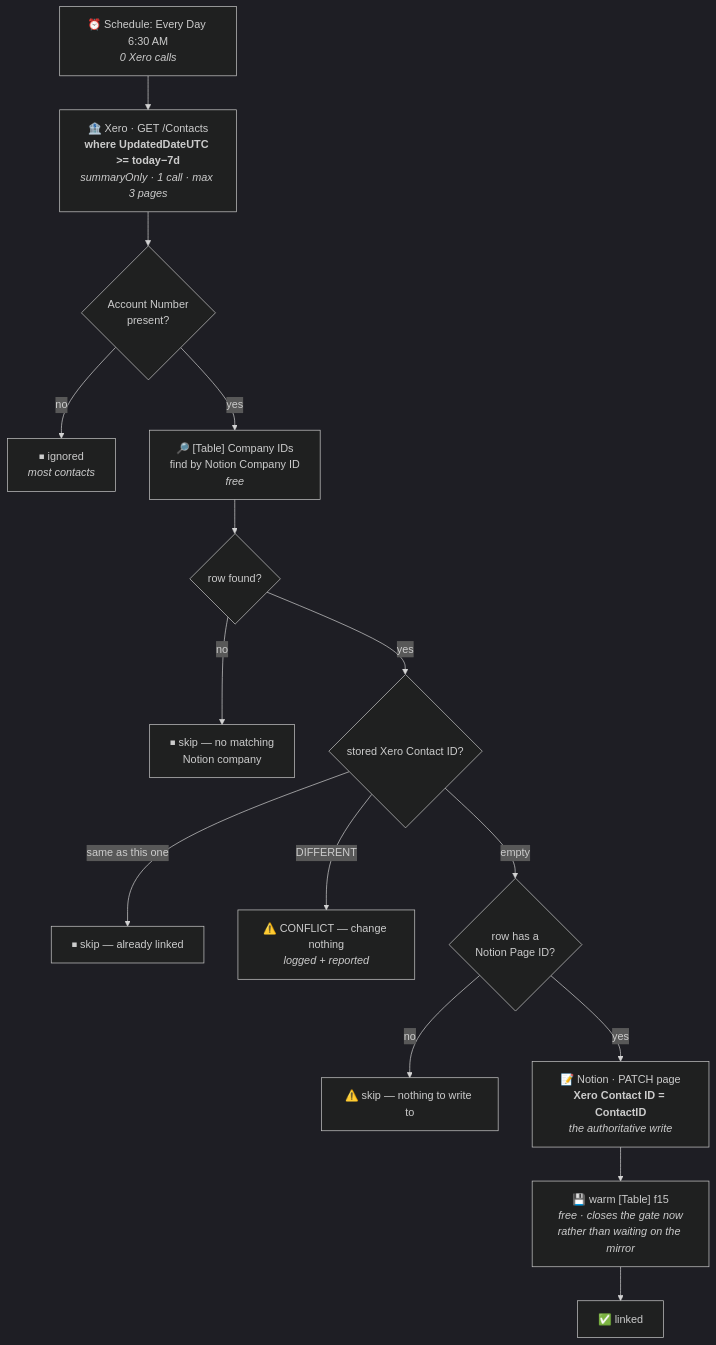
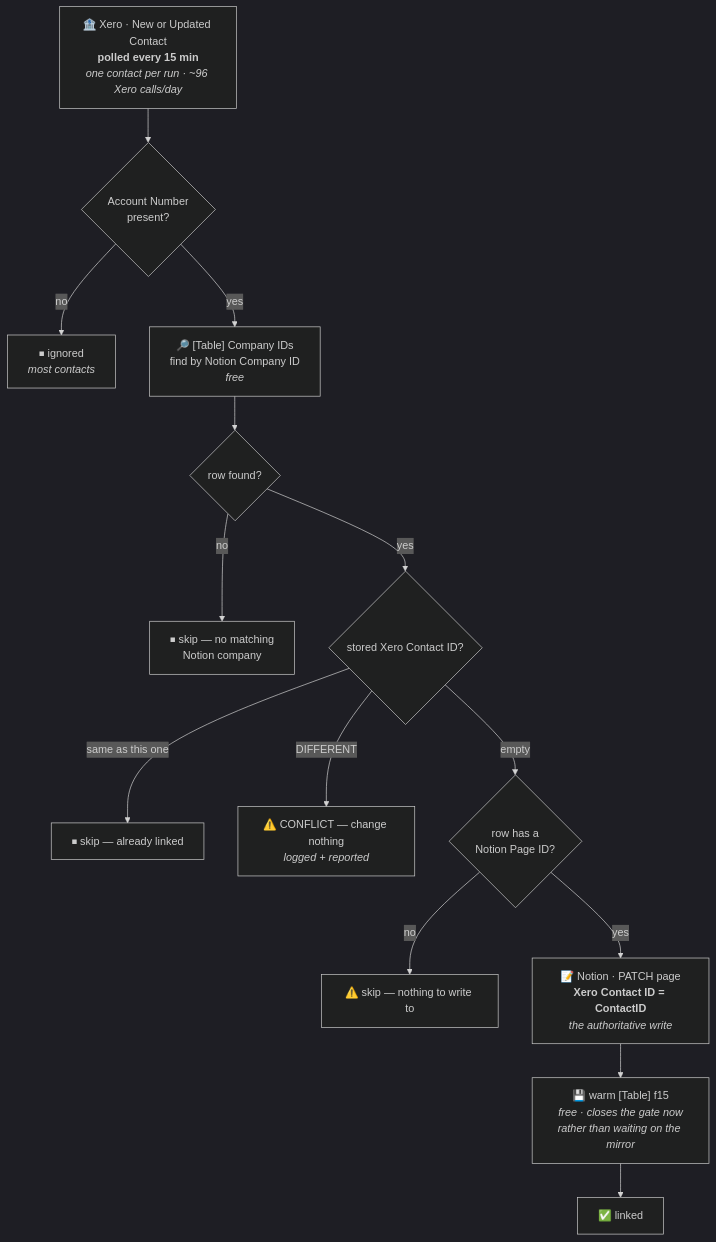
One commit to work-flowers/zapier-sdk changed the diagram in xero-contact-to-notion-company/README.md. Above: the diagram before and after it, drawn with Mermaid (dark theme). The commit also changed other lines of this file and 5 other files, not shown here.

First line of the commit message:
xero-contact-to-notion-company: 15-minute Xero poller; guard Xero poll intervals

````diff
--- a/xero-contact-to-notion-company/README.md
+++ b/xero-contact-to-notion-company/README.md
@@ -32,17 +31,16 @@
 ```mermaid
 flowchart TD
-    T["⏰ Schedule: Every Day 6:30 AM<br/><i>0 Xero calls</i>"] --> Q["🏦 Xero · GET /Contacts<br/><b>where UpdatedDateUTC >= today−7d</b><br/><i>summaryOnly · 1 call · max 3 pages</i>"]
-    Q --> F{"Account Number<br/>present?"}
+    T["🏦 Xero · New or Updated Contact<br/><b>polled every 15 min</b><br/><i>one contact per run · ~96 Xero calls/day</i>"] --> F{"Account Number<br/>present?"}
     F -- no --> IG["⏹ ignored<br/><i>most contacts</i>"]
     F -- yes --> L["🔎 [Table] Company IDs<br/>find by Notion Company ID<br/><i>free</i>"]
     L --> M{"row found?"}
     M -- no --> S1["⏹ skip — no matching<br/>Notion company"]
     M -- yes --> C{"stored Xero Contact ID?"}
     C -- "same as this one" --> S2["⏹ skip — already linked"]
     C -- "DIFFERENT" --> W["⚠️ CONFLICT — change nothing<br/><i>logged + reported</i>"]
     C -- empty --> P{"row has a<br/>Notion Page ID?"}
     P -- no --> S3["⚠️ skip — nothing to write to"]
     P -- yes --> N["📝 Notion · PATCH page<br/><b>Xero Contact ID = ContactID</b><br/><i>the authoritative write</i>"]
     N --> WT["💾 warm [Table] f15<br/><i>free · closes the gate now<br/>rather than waiting on the mirror</i>"]
     WT --> D["✅ linked"]
 ```
````
